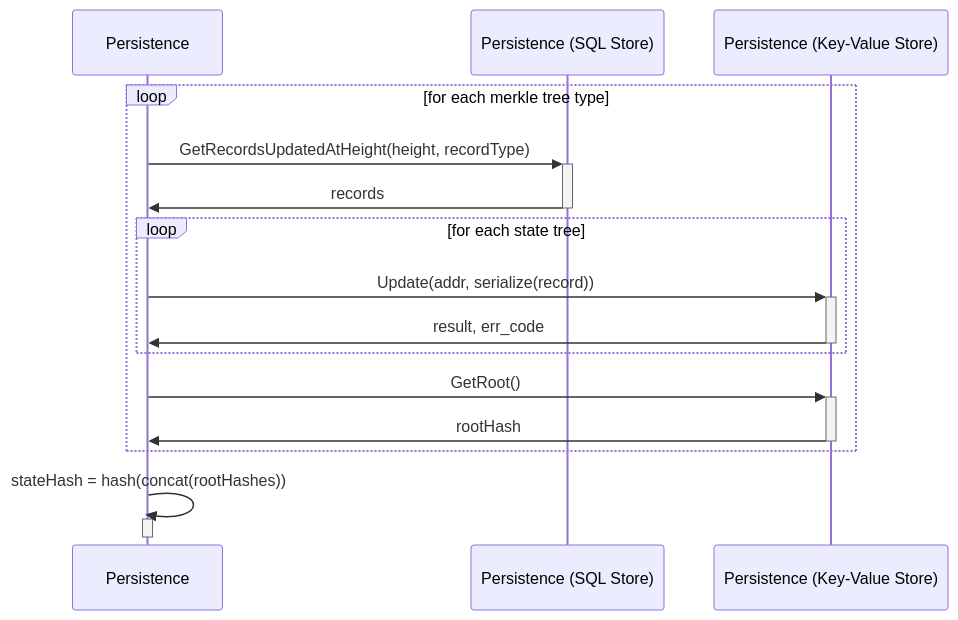
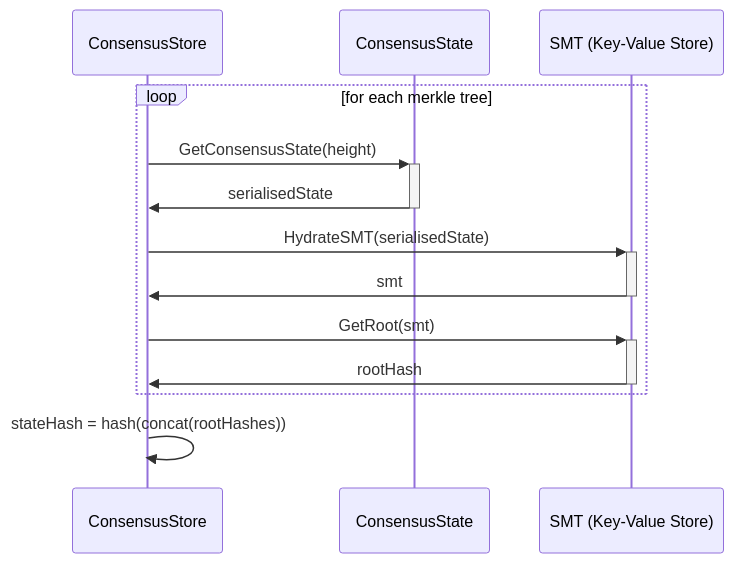
Before and after one commit to h5law/pokt-ibc-integration: the first of 2 diagrams in phase1/ics23/ics23.md, drawn with Mermaid. The commit also changed other lines of this file, not shown here.

Commit message:
Update commitment types diagram

````diff
--- a/phase1/ics23/ics23.md
+++ b/phase1/ics23/ics23.md
@@ -46,21 +46,17 @@
 ```mermaid
-sequenceDiagram
-    participant P as Persistence
-    participant PSQL as Persistence (SQL Store)
-    participant PKV as Persistence (Key-Value Store)
+  sequenceDiagram
+    participant CS as ConsensusStore
+    participant CST as ConsensusState
+    participant S as SMT (Key-Value Store)
 
-    loop for each merkle tree type
-        P->>+PSQL: GetRecordsUpdatedAtHeight(height, recordType)
-        PSQL->>-P: records
-        loop for each state tree
-            P->>+PKV: Update(addr, serialize(record))
-            PKV->>-P: result, err_code
-        end
-        P->>+PKV: GetRoot()
-        PKV->>-P: rootHash
+    loop for each merkle tree
+      CS->>+CST: GetConsensusState(height)
+      CST->>-CS: serialisedState
+      CS->>+S: HydrateSMT(serialisedState)
+      S->>-CS: smt
+      CS->>+S: GetRoot(smt)
+      S->>-CS: rootHash
     end
 
-    P->>P: stateHash = hash(concat(rootHashes))
-    activate P
-    deactivate P
+    CS->>CS: stateHash = hash(concat(rootHashes))
 ```
````
